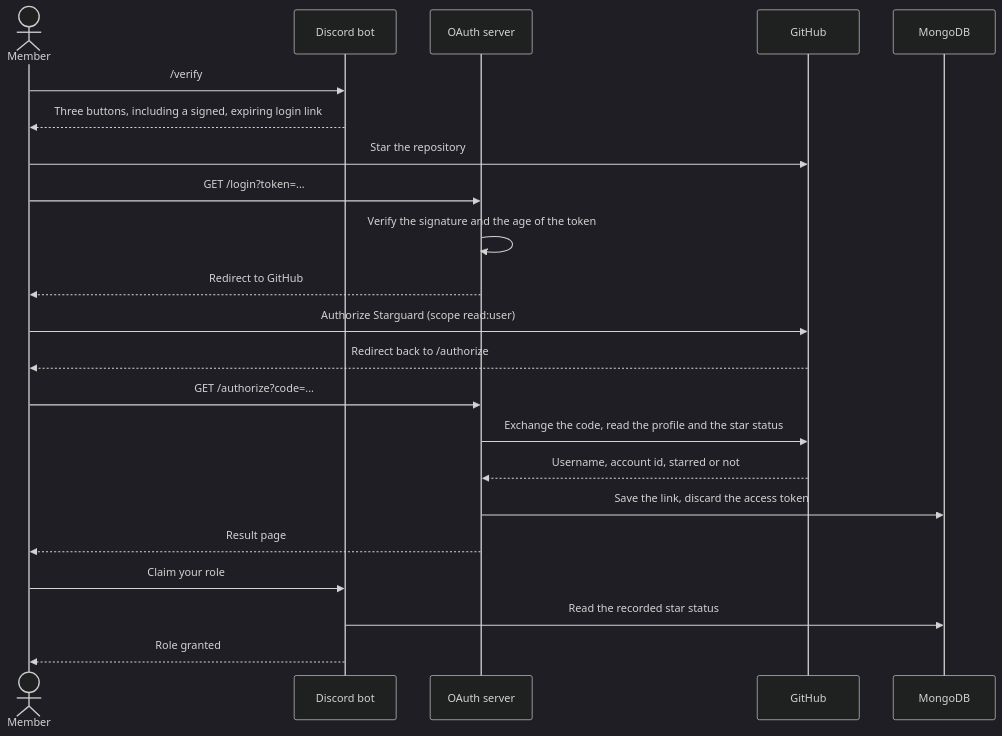
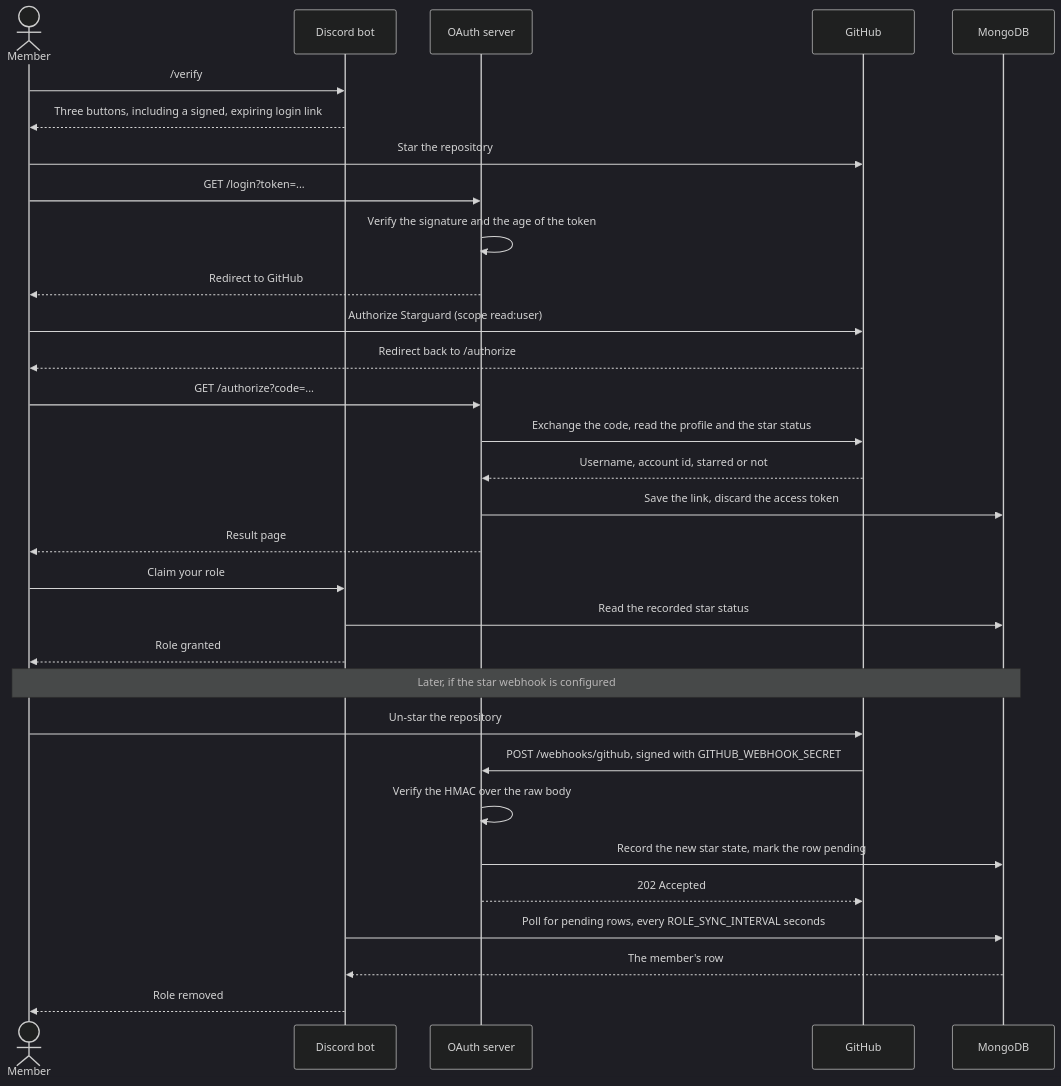
The diagram in README.md (fuegovic/Starguard), drawn with Mermaid (dark theme) before and after one commit. The commit also changed other lines of this file and 76 other files, not shown here.

````diff
--- a/README.md
+++ b/README.md
@@ -56,25 +67,35 @@
 ```mermaid
 sequenceDiagram
     actor M as Member
     participant B as Discord bot
     participant S as OAuth server
     participant G as GitHub
     participant D as MongoDB
 
     M->>B: /verify
     B-->>M: Three buttons, including a signed, expiring login link
     M->>G: Star the repository
     M->>S: GET /login?token=...
     S->>S: Verify the signature and the age of the token
     S-->>M: Redirect to GitHub
     M->>G: Authorize Starguard (scope read:user)
     G-->>M: Redirect back to /authorize
     M->>S: GET /authorize?code=...
     S->>G: Exchange the code, read the profile and the star status
     G-->>S: Username, account id, starred or not
     S->>D: Save the link, discard the access token
     S-->>M: Result page
     M->>B: Claim your role
     B->>D: Read the recorded star status
     B-->>M: Role granted
+
+    Note over M,D: Later, if the star webhook is configured
+    M->>G: Un-star the repository
+    G->>S: POST /webhooks/github, signed with GITHUB_WEBHOOK_SECRET
+    S->>S: Verify the HMAC over the raw body
+    S->>D: Record the new star state, mark the row pending
+    S-->>G: 202 Accepted
+    B->>D: Poll for pending rows, every ROLE_SYNC_INTERVAL seconds
+    D-->>B: The member's row
+    B-->>M: Role removed
 ```
````
